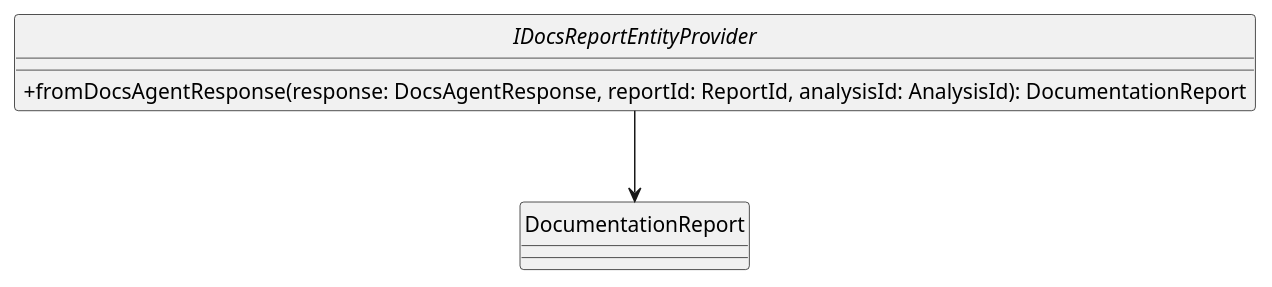
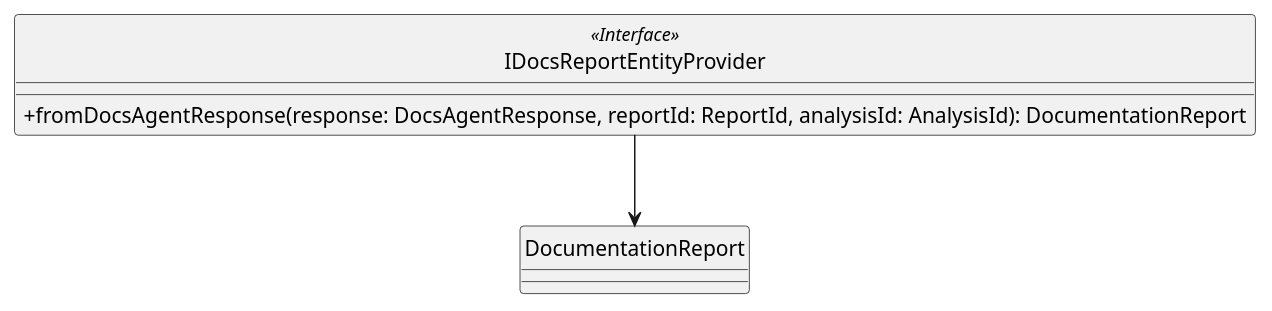
One commit to SkarabGroup/DocumentazioneProgetto changed the diagram in assets/st_diagrams/code/plantuml/analysis/domain/services/interfaces/docsReportEntityProvider.interface.plantuml. Above: the diagram before and after it, drawn with PlantUML. The commit also changed 107 other files, not shown here.

Commit message:
Fixed all diagrams with interfaces

```diff
--- a/assets/st_diagrams/code/plantuml/analysis/domain/services/interfaces/docsReportEntityProvider.interface.plantuml
+++ b/assets/st_diagrams/code/plantuml/analysis/domain/services/interfaces/docsReportEntityProvider.interface.plantuml
@@ -1,14 +1,14 @@
 @startuml IDocsReportEntityProvider
 skinparam componentStyle uml2.5
 skinparam linetype ortho
 skinparam nodesep 30
 skinparam ranksep 30
 skinparam ClassAttributeIconSize 0
 hide circles
 
-interface IDocsReportEntityProvider {
+class IDocsReportEntityProvider <<Interface>> {
     + fromDocsAgentResponse(response: DocsAgentResponse, reportId: ReportId, analysisId: AnalysisId): DocumentationReport
 }
 
 IDocsReportEntityProvider --down-> DocumentationReport
 @enduml
```
